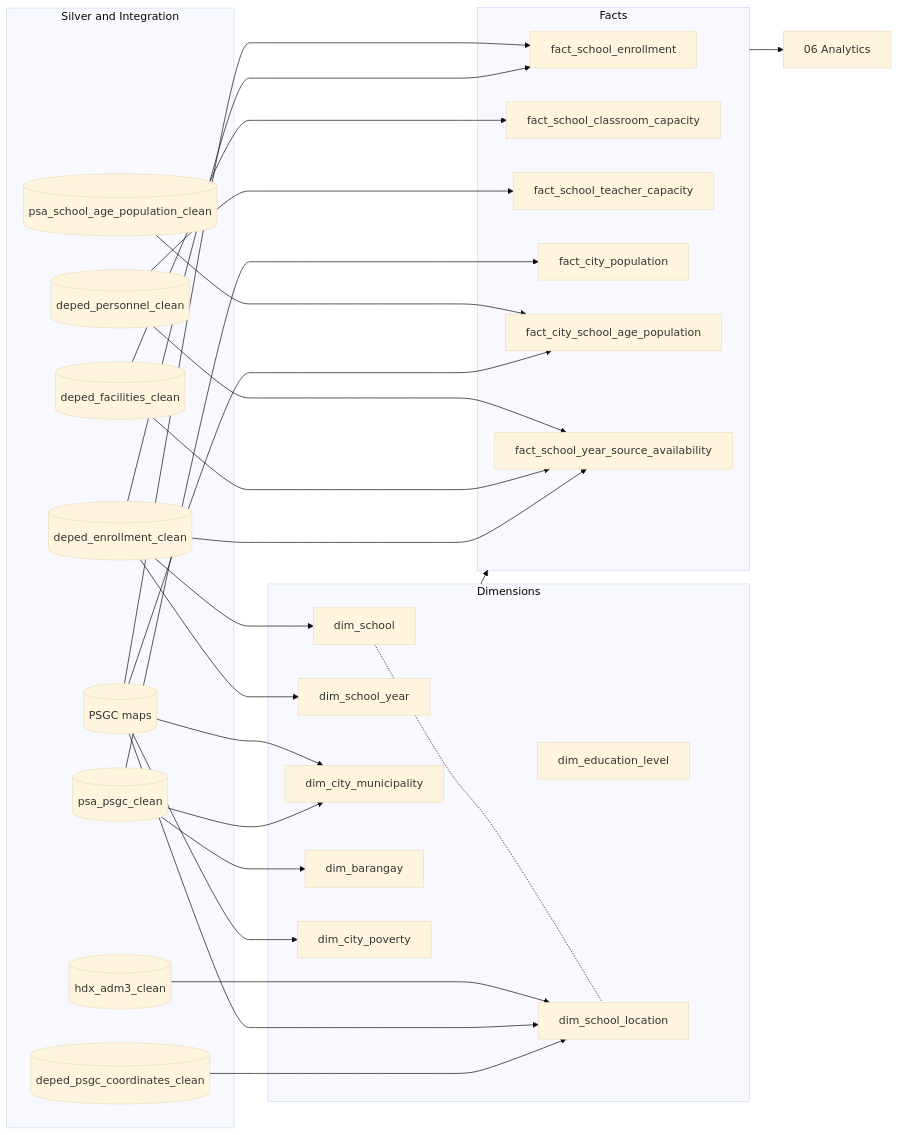
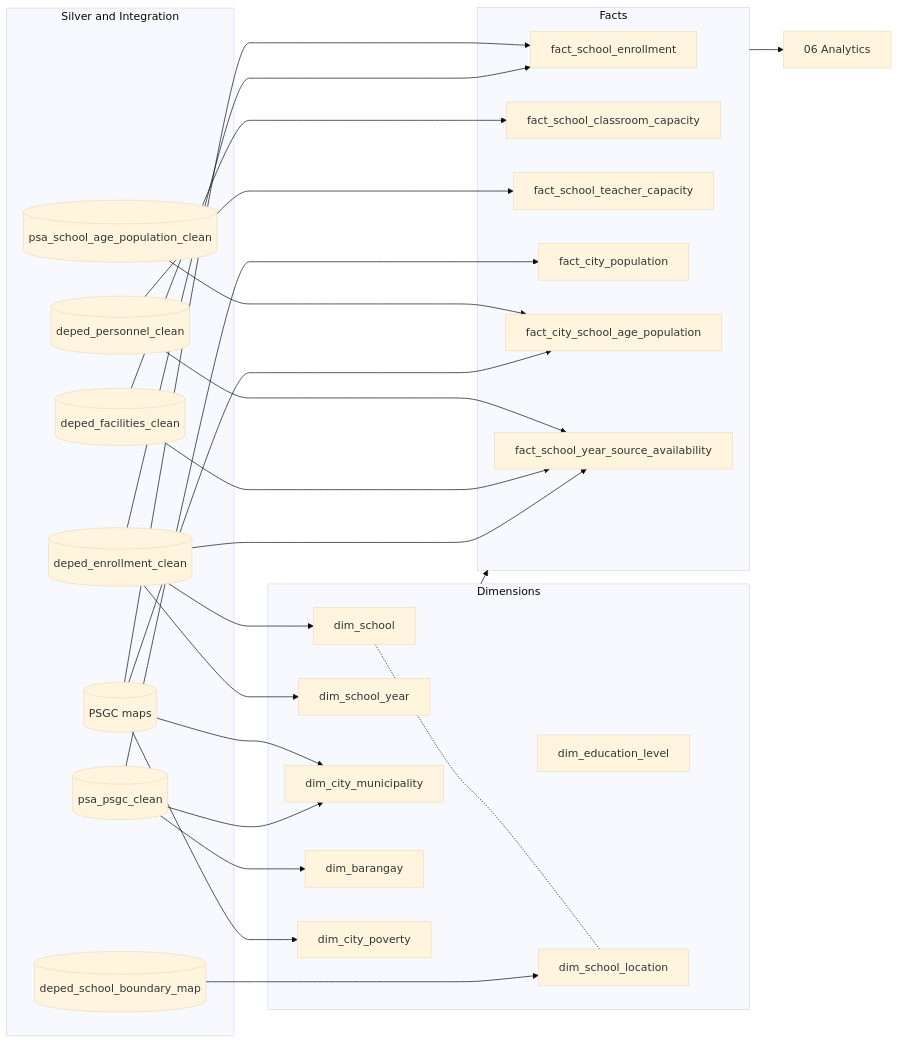
The diagram in etl/05_gold/README.md (reached-hq/edu-access-intelligence), drawn with Mermaid (base theme) before and after one commit. The commit also changed 16 other files, not shown here.

Commit message:
Move the school boundary test into an Integration map that dim_school_location reads

````diff
--- a/etl/05_gold/README.md
+++ b/etl/05_gold/README.md
@@ -10,41 +10,40 @@
 ```mermaid
 flowchart LR
     subgraph inputs[Silver and Integration]
         enroll[(deped_enrollment_clean)]
         fac[(deped_facilities_clean)]
         pers[(deped_personnel_clean)]
         psgc[(psa_psgc_clean)]
         maps[(PSGC maps)]
         age[(psa_school_age_population_clean)]
-        coords[(deped_psgc_coordinates_clean)]
-        hdx[(hdx_adm3_clean)]
+        bmap[(deped_school_boundary_map)]
     end
     subgraph dims[Dimensions]
         dim_school[dim_school]
         dim_year[dim_school_year]
         dim_level[dim_education_level]
         dim_city[dim_city_municipality]
         dim_bgy[dim_barangay]
         dim_pov[dim_city_poverty]
         dim_loc[dim_school_location]
     end
     subgraph facts[Facts]
         f_enroll[fact_school_enrollment]
         f_class[fact_school_classroom_capacity]
         f_teach[fact_school_teacher_capacity]
         f_pop[fact_city_population]
         f_age[fact_city_school_age_population]
         f_avail[fact_school_year_source_availability]
     end
     enroll --> dim_school & dim_year & f_enroll
     psgc --> dim_city & dim_bgy & f_pop
     maps --> dim_city & dim_pov & f_enroll & f_age
     fac --> f_class
     pers --> f_teach
     age --> f_age
-    coords & maps & hdx --> dim_loc
+    bmap --> dim_loc
     dim_school -.- dim_loc
     enroll & fac & pers --> f_avail
     dims --> facts
     facts --> analytics[06 Analytics]
 ```
````
